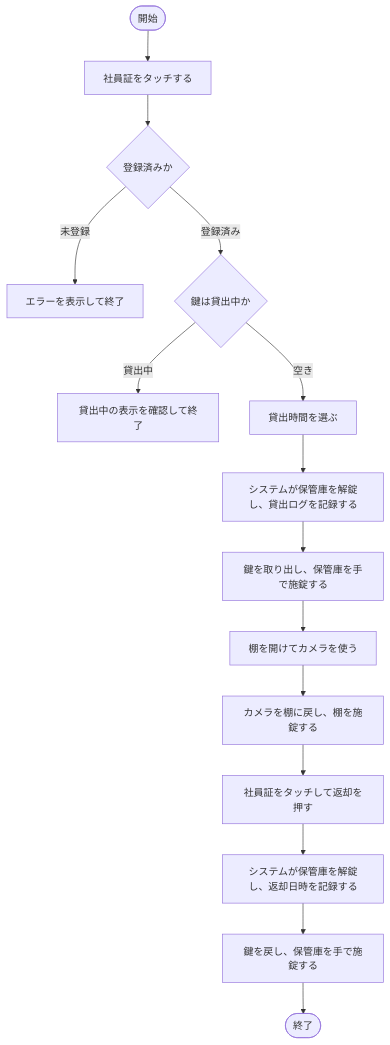
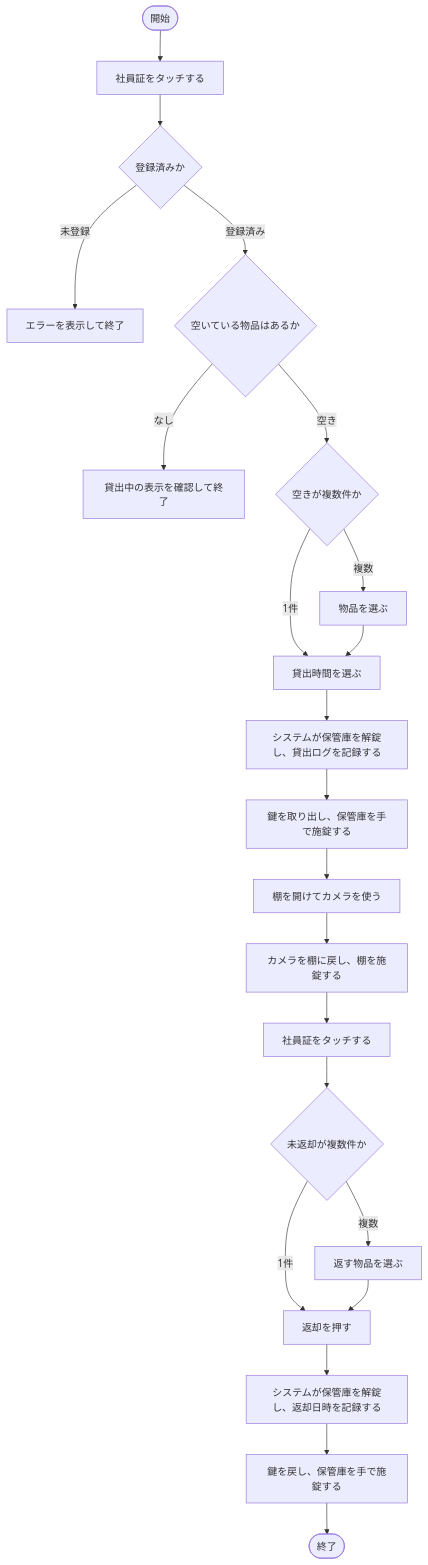
One commit to ootomonaiso/card changed the second of 5 diagrams in docs/03_業務フロー定義.md. Above: the diagram before and after it, drawn with Mermaid. The commit also changed other lines of this file and 18 other files, not shown here.

````diff
--- a/docs/03_業務フロー定義.md
+++ b/docs/03_業務フロー定義.md
@@ -38,17 +38,24 @@
 ```mermaid
 flowchart TD
   A([開始]) --> B[社員証をタッチする]
   B --> C{登録済みか}
   C -- 未登録 --> X[エラーを表示して終了]
-  C -- 登録済み --> D{鍵は貸出中か}
-  D -- 貸出中 --> Y[貸出中の表示を確認して終了]
-  D -- 空き --> E[貸出時間を選ぶ]
+  C -- 登録済み --> D{空いている物品はあるか}
+  D -- なし --> Y[貸出中の表示を確認して終了]
+  D -- 空き --> D2{空きが複数件か}
+  D2 -- 複数 --> D3[物品を選ぶ]
+  D2 -- 1件 --> E[貸出時間を選ぶ]
+  D3 --> E
   E --> F[システムが保管庫を解錠し、貸出ログを記録する]
   F --> G[鍵を取り出し、保管庫を手で施錠する]
   G --> H[棚を開けてカメラを使う]
   H --> I[カメラを棚に戻し、棚を施錠する]
-  I --> J[社員証をタッチして返却を押す]
-  J --> K[システムが保管庫を解錠し、返却日時を記録する]
+  I --> J[社員証をタッチする]
+  J --> J2{未返却が複数件か}
+  J2 -- 複数 --> J3[返す物品を選ぶ]
+  J2 -- 1件 --> J4[返却を押す]
+  J3 --> J4
+  J4 --> K[システムが保管庫を解錠し、返却日時を記録する]
   K --> L[鍵を戻し、保管庫を手で施錠する]
   L --> M([終了])
 ```
````
